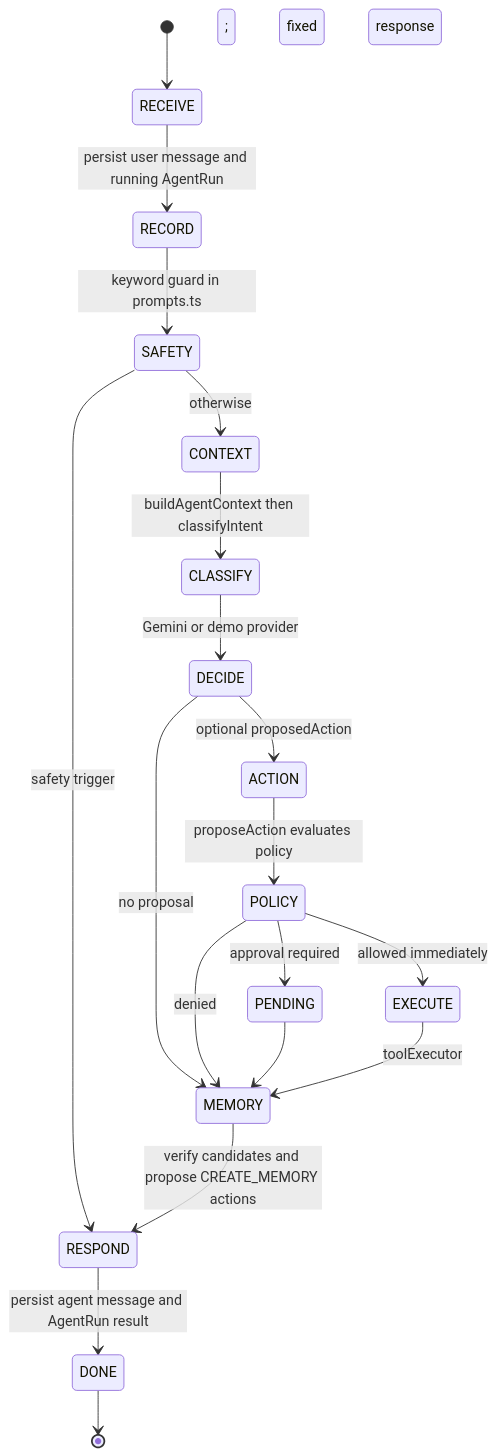
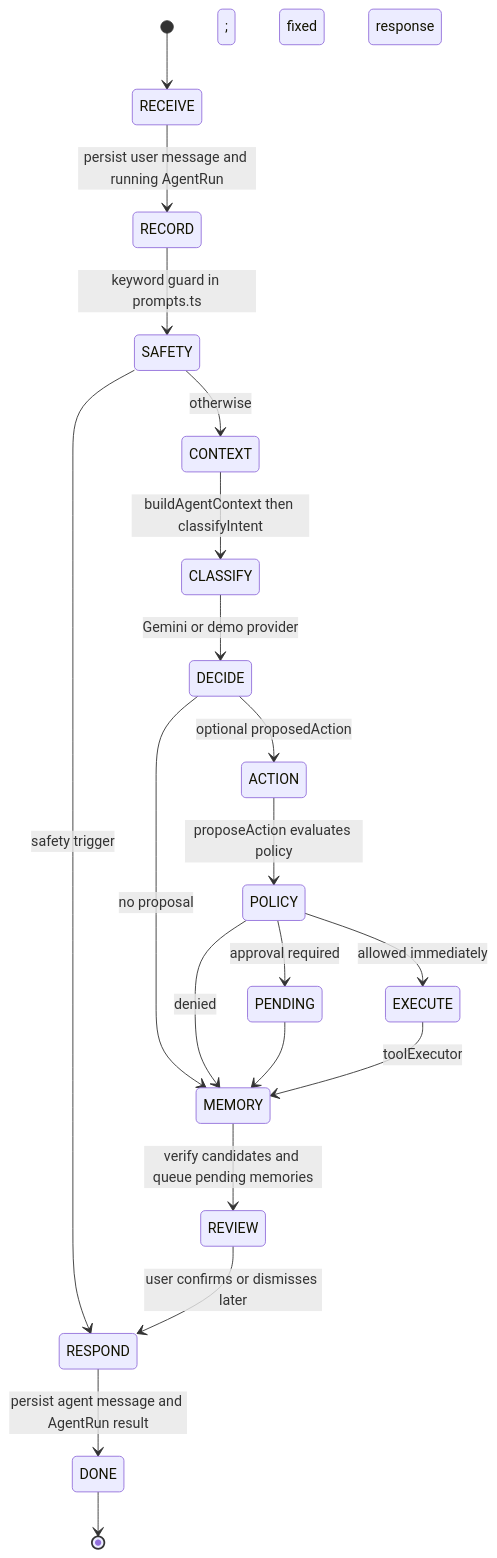
One commit to himanishpuri/continuum changed the second of 6 diagrams in docs/architecture.md. Above: the diagram before and after it, drawn with Mermaid. The commit also changed other lines of this file and 2 other files, not shown here.

First line of the commit message:
docs: document push, revert, memory review, safety layers, evals

````diff
--- a/docs/architecture.md
+++ b/docs/architecture.md
@@ -34,21 +36,22 @@
 ```mermaid
 stateDiagram-v2
     [*] --> RECEIVE
     RECEIVE --> RECORD: persist user message and running AgentRun
     RECORD --> SAFETY: keyword guard in prompts.ts
     SAFETY --> RESPOND: safety trigger; fixed response
     SAFETY --> CONTEXT: otherwise
     CONTEXT --> CLASSIFY: buildAgentContext then classifyIntent
     CLASSIFY --> DECIDE: Gemini or demo provider
     DECIDE --> ACTION: optional proposedAction
     DECIDE --> MEMORY: no proposal
     ACTION --> POLICY: proposeAction evaluates policy
     POLICY --> PENDING: approval required
     POLICY --> EXECUTE: allowed immediately
     POLICY --> MEMORY: denied
     PENDING --> MEMORY
     EXECUTE --> MEMORY: toolExecutor
-    MEMORY --> RESPOND: verify candidates and propose CREATE_MEMORY actions
+    MEMORY --> REVIEW: verify candidates and queue pending memories
+    REVIEW --> RESPOND: user confirms or dismisses later
     RESPOND --> DONE: persist agent message and AgentRun result
     DONE --> [*]
 ```
````
